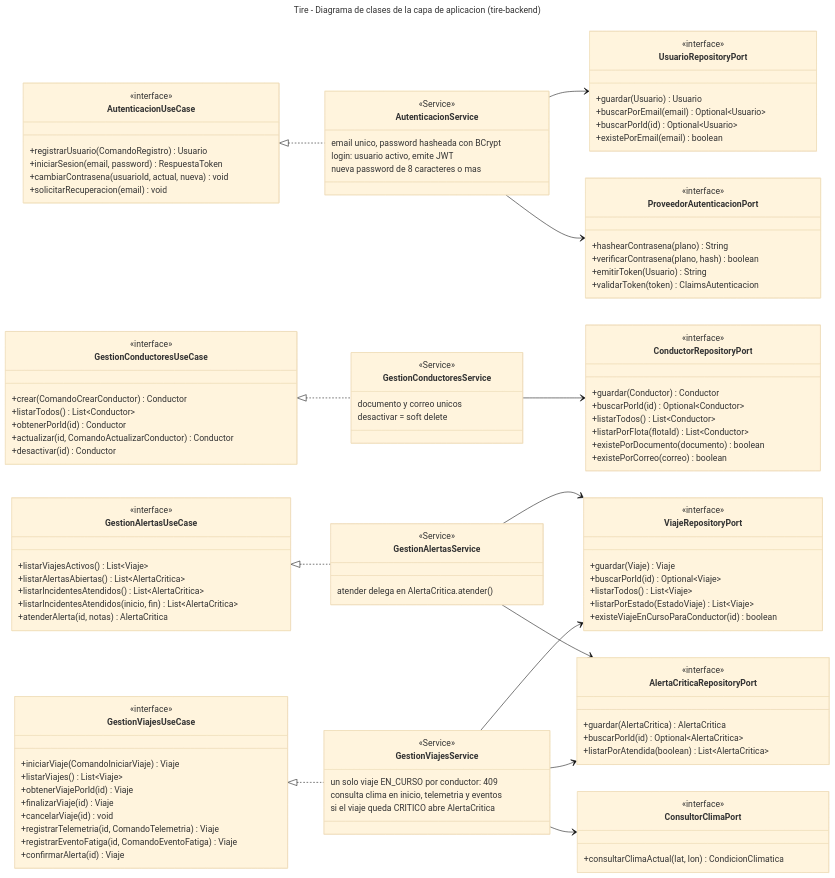
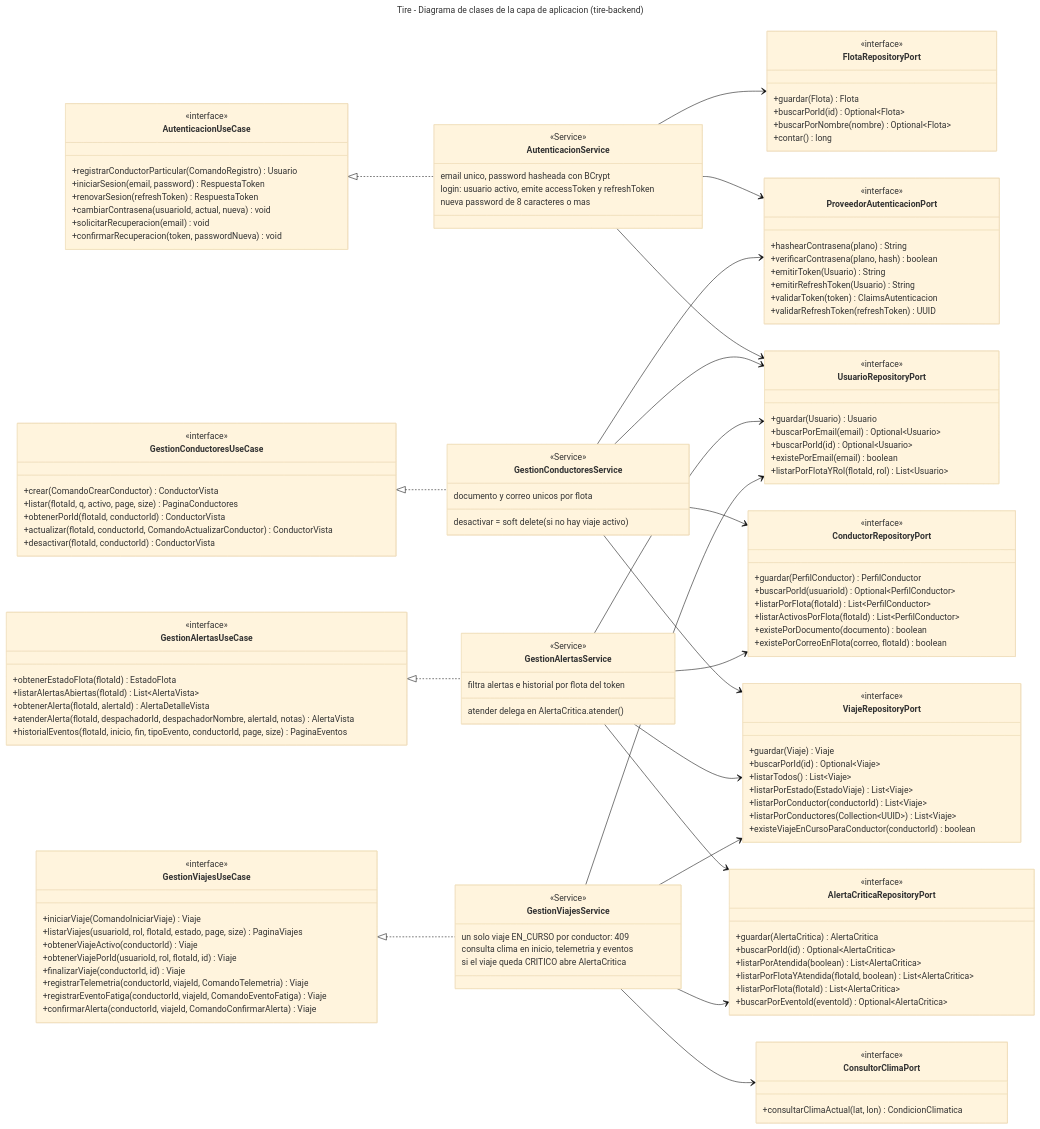
Before and after one commit to ML-Ingesoft-II/tire-docs: the diagram in prototipo-1/arquitectura/diagrama_clases_aplicacion.mmd, drawn with Mermaid (base theme). The commit also changed 5 other files, not shown here.

First line of the commit message:
Refactor architecture documentation and update API specifications for Prototipo 2

```diff
--- a/prototipo-1/arquitectura/diagrama_clases_aplicacion.mmd
+++ b/prototipo-1/arquitectura/diagrama_clases_aplicacion.mmd
@@ -1,125 +1,153 @@
 ---
 title: Tire - Diagrama de clases de la capa de aplicacion (tire-backend)
 ---
 %% Columnas: puertos de entrada (casos de uso) -> servicios -> puertos de salida
 %% Los Comando* son records de application.port.in; las entidades estan en diagrama_clases.mmd
 classDiagram
     direction LR
 
     %% ============ Puertos de entrada ============
     class AutenticacionUseCase {
         <<interface>>
-        +registrarUsuario(ComandoRegistro) Usuario
+        +registrarConductorParticular(ComandoRegistro) Usuario
         +iniciarSesion(email, password) RespuestaToken
+        +renovarSesion(refreshToken) RespuestaToken
         +cambiarContrasena(usuarioId, actual, nueva) void
         +solicitarRecuperacion(email) void
+        +confirmarRecuperacion(token, passwordNueva) void
     }
     class GestionConductoresUseCase {
         <<interface>>
-        +crear(ComandoCrearConductor) Conductor
-        +listarTodos() List~Conductor~
-        +obtenerPorId(id) Conductor
-        +actualizar(id, ComandoActualizarConductor) Conductor
-        +desactivar(id) Conductor
+        +crear(ComandoCrearConductor) ConductorVista
+        +listar(flotaId, q, activo, page, size) PaginaConductores
+        +obtenerPorId(flotaId, conductorId) ConductorVista
+        +actualizar(flotaId, conductorId, ComandoActualizarConductor) ConductorVista
+        +desactivar(flotaId, conductorId) ConductorVista
     }
     class GestionViajesUseCase {
         <<interface>>
         +iniciarViaje(ComandoIniciarViaje) Viaje
-        +listarViajes() List~Viaje~
-        +obtenerViajePorId(id) Viaje
-        +finalizarViaje(id) Viaje
-        +cancelarViaje(id) void
-        +registrarTelemetria(id, ComandoTelemetria) Viaje
-        +registrarEventoFatiga(id, ComandoEventoFatiga) Viaje
-        +confirmarAlerta(id) Viaje
+        +listarViajes(usuarioId, rol, flotaId, estado, page, size) PaginaViajes
+        +obtenerViajeActivo(conductorId) Viaje
+        +obtenerViajePorId(usuarioId, rol, flotaId, id) Viaje
+        +finalizarViaje(conductorId, id) Viaje
+        +registrarTelemetria(conductorId, viajeId, ComandoTelemetria) Viaje
+        +registrarEventoFatiga(conductorId, viajeId, ComandoEventoFatiga) Viaje
+        +confirmarAlerta(conductorId, viajeId, ComandoConfirmarAlerta) Viaje
     }
     class GestionAlertasUseCase {
         <<interface>>
-        +listarViajesActivos() List~Viaje~
-        +listarAlertasAbiertas() List~AlertaCritica~
-        +listarIncidentesAtendidos() List~AlertaCritica~
-        +listarIncidentesAtendidos(inicio, fin) List~AlertaCritica~
-        +atenderAlerta(id, notas) AlertaCritica
+        +obtenerEstadoFlota(flotaId) EstadoFlota
+        +listarAlertasAbiertas(flotaId) List~AlertaVista~
+        +obtenerAlerta(flotaId, alertaId) AlertaDetalleVista
+        +atenderAlerta(flotaId, despachadorId, despachadorNombre, alertaId, notas) AlertaVista
+        +historialEventos(flotaId, inicio, fin, tipoEvento, conductorId, page, size) PaginaEventos
     }
 
     %% ============ Servicios (@Service) ============
     class AutenticacionService {
         <<Service>>
         email unico, password hasheada con BCrypt
-        login: usuario activo, emite JWT
+        login: usuario activo, emite accessToken y refreshToken
         nueva password de 8 caracteres o mas
     }
     class GestionConductoresService {
         <<Service>>
-        documento y correo unicos
-        desactivar = soft delete
+        documento y correo unicos por flota
+        desactivar = soft delete (si no hay viaje activo)
     }
     class GestionViajesService {
         <<Service>>
         un solo viaje EN_CURSO por conductor: 409
         consulta clima en inicio, telemetria y eventos
         si el viaje queda CRITICO abre AlertaCritica
     }
     class GestionAlertasService {
         <<Service>>
         atender delega en AlertaCritica.atender()
+        filtra alertas e historial por flota del token
     }
 
     %% ============ Puertos de salida ============
     class UsuarioRepositoryPort {
         <<interface>>
         +guardar(Usuario) Usuario
         +buscarPorEmail(email) Optional~Usuario~
         +buscarPorId(id) Optional~Usuario~
         +existePorEmail(email) boolean
+        +listarPorFlotaYRol(flotaId, rol) List~Usuario~
     }
     class ProveedorAutenticacionPort {
         <<interface>>
         +hashearContrasena(plano) String
         +verificarContrasena(plano, hash) boolean
         +emitirToken(Usuario) String
+        +emitirRefreshToken(Usuario) String
         +validarToken(token) ClaimsAutenticacion
+        +validarRefreshToken(refreshToken) UUID
     }
     class ConductorRepositoryPort {
         <<interface>>
-        +guardar(Conductor) Conductor
-        +buscarPorId(id) Optional~Conductor~
-        +listarTodos() List~Conductor~
-        +listarPorFlota(flotaId) List~Conductor~
+        +guardar(PerfilConductor) PerfilConductor
+        +buscarPorId(usuarioId) Optional~PerfilConductor~
+        +listarPorFlota(flotaId) List~PerfilConductor~
+        +listarActivosPorFlota(flotaId) List~PerfilConductor~
         +existePorDocumento(documento) boolean
-        +existePorCorreo(correo) boolean
+        +existePorCorreoEnFlota(correo, flotaId) boolean
+    }
+    class FlotaRepositoryPort {
+        <<interface>>
+        +guardar(Flota) Flota
+        +buscarPorId(id) Optional~Flota~
+        +buscarPorNombre(nombre) Optional~Flota~
+        +contar() long
     }
     class AlertaCriticaRepositoryPort {
         <<interface>>
         +guardar(AlertaCritica) AlertaCritica
         +buscarPorId(id) Optional~AlertaCritica~
         +listarPorAtendida(boolean) List~AlertaCritica~
+        +listarPorFlotaYAtendida(flotaId, boolean) List~AlertaCritica~
+        +listarPorFlota(flotaId) List~AlertaCritica~
+        +buscarPorEventoId(eventoId) Optional~AlertaCritica~
     }
     class ViajeRepositoryPort {
         <<interface>>
         +guardar(Viaje) Viaje
         +buscarPorId(id) Optional~Viaje~
         +listarTodos() List~Viaje~
         +listarPorEstado(EstadoViaje) List~Viaje~
-        +existeViajeEnCursoParaConductor(id) boolean
+        +listarPorConductor(conductorId) List~Viaje~
+        +listarPorConductores(Collection~UUID~) List~Viaje~
+        +existeViajeEnCursoParaConductor(conductorId) boolean
     }
     class ConsultorClimaPort {
         <<interface>>
         +consultarClimaActual(lat, lon) CondicionClimatica
     }
 
     %% ---------- Implementacion de casos de uso ----------
     AutenticacionUseCase <|.. AutenticacionService
     GestionConductoresUseCase <|.. GestionConductoresService
     GestionViajesUseCase <|.. GestionViajesService
     GestionAlertasUseCase <|.. GestionAlertasService
 
     %% ---------- Dependencias inyectadas por constructor ----------
     AutenticacionService --> UsuarioRepositoryPort
     AutenticacionService --> ProveedorAutenticacionPort
+    AutenticacionService --> FlotaRepositoryPort
+
     GestionConductoresService --> ConductorRepositoryPort
+    GestionConductoresService --> UsuarioRepositoryPort
+    GestionConductoresService --> ProveedorAutenticacionPort
+    GestionConductoresService --> ViajeRepositoryPort
+
     GestionAlertasService --> ViajeRepositoryPort
     GestionAlertasService --> AlertaCriticaRepositoryPort
+    GestionAlertasService --> ConductorRepositoryPort
+    GestionAlertasService --> UsuarioRepositoryPort
+
     GestionViajesService --> ViajeRepositoryPort
     GestionViajesService --> AlertaCriticaRepositoryPort
     GestionViajesService --> ConsultorClimaPort
+    GestionViajesService --> UsuarioRepositoryPort
```
